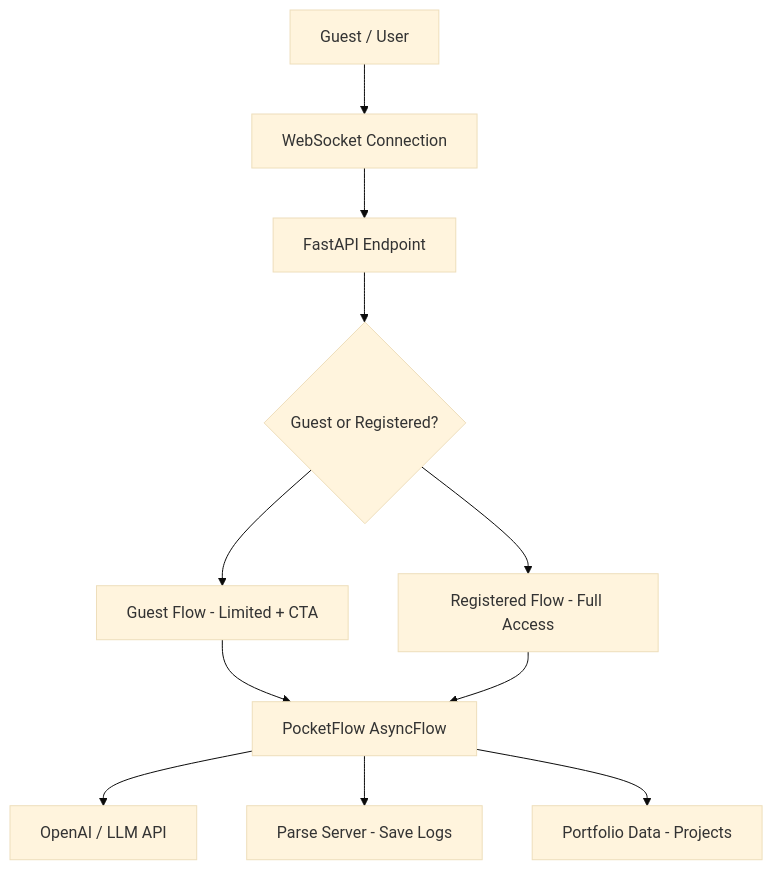
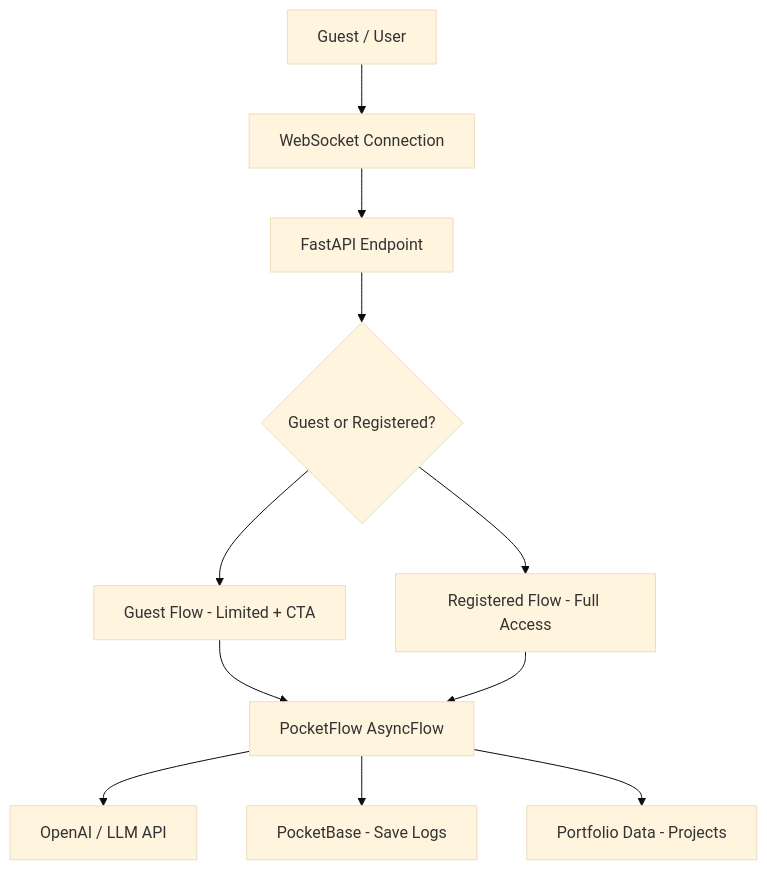
The eighth of 13 diagrams in expansion.md (dirm02/bloggista), drawn with Mermaid (base theme) before and after one commit. The commit also changed other lines of this file, not shown here.

````diff
--- a/expansion.md
+++ b/expansion.md
@@ -319,13 +299,13 @@
 ```mermaid
 flowchart TB
     Guest[Guest / User] --> WebSocket[WebSocket Connection]
     WebSocket --> FastAPI[FastAPI Endpoint]
     FastAPI --> Guardrail{Guest or Registered?}
     Guardrail --> GuestFlow[Guest Flow - Limited + CTA]
     Guardrail --> RegFlow[Registered Flow - Full Access]
     GuestFlow --> PocketFlow[PocketFlow AsyncFlow]
     RegFlow --> PocketFlow
     PocketFlow --> LLM[OpenAI / LLM API]
-    PocketFlow --> Parse[Parse Server - Save Logs]
+    PocketFlow --> PocketBase[PocketBase - Save Logs]
     PocketFlow --> PortfolioData[Portfolio Data - Projects]
 ```
````
